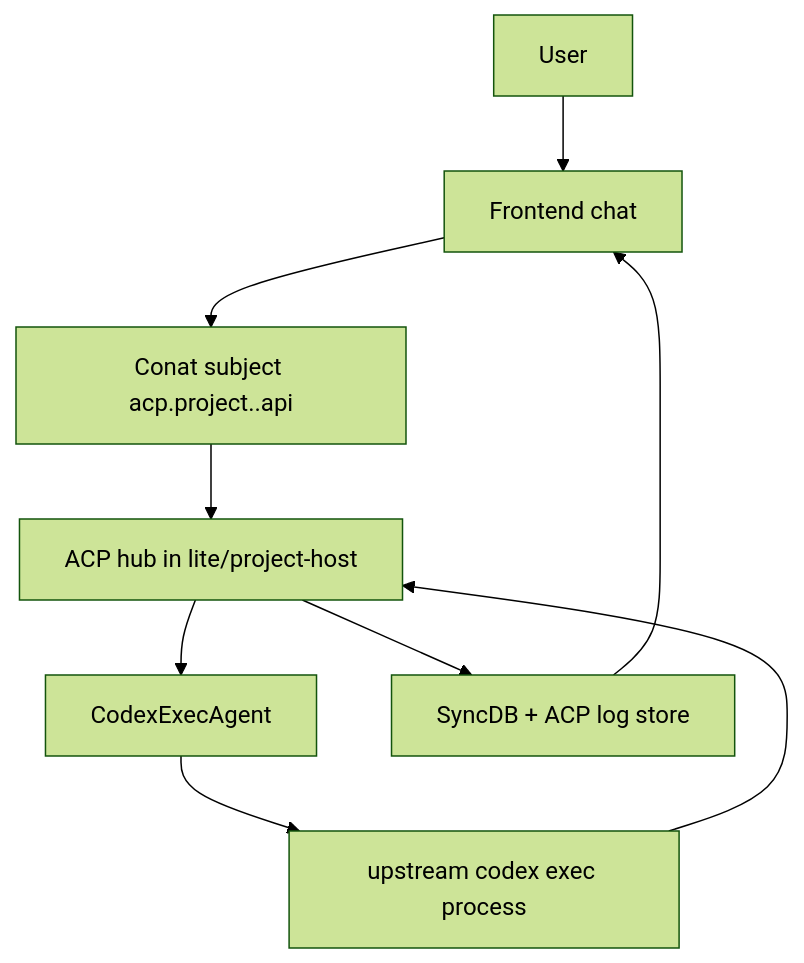
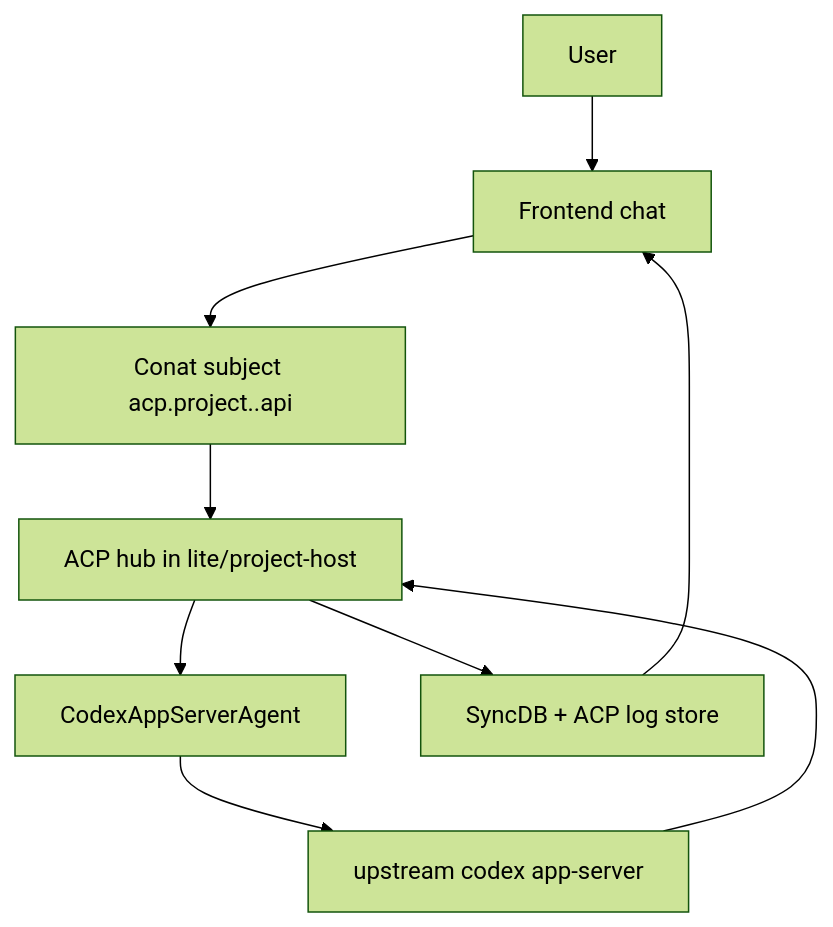
Before and after one commit to sagemathinc/cocalc-ai: the diagram in docs/agents.md, drawn with Mermaid (forest theme). The commit also changed other lines of this file and 10 other files, not shown here.

First line of the commit message:
ai/acp: remove legacy codex exec backend

````diff
--- a/docs/agents.md
+++ b/docs/agents.md
@@ -11,11 +11,11 @@
 ```mermaid
 flowchart TB
     U[User] --> F[Frontend chat]
     F --> C[Conat subject acp.project.<project_id>.api]
     C --> H[ACP hub in lite/project-host]
-    H --> A[CodexExecAgent]
-    A --> X[upstream codex exec process]
+    H --> A[CodexAppServerAgent]
+    A --> X[upstream codex app-server]
     X --> H
     H --> S[SyncDB + ACP log store]
     S --> F
 ```
````
